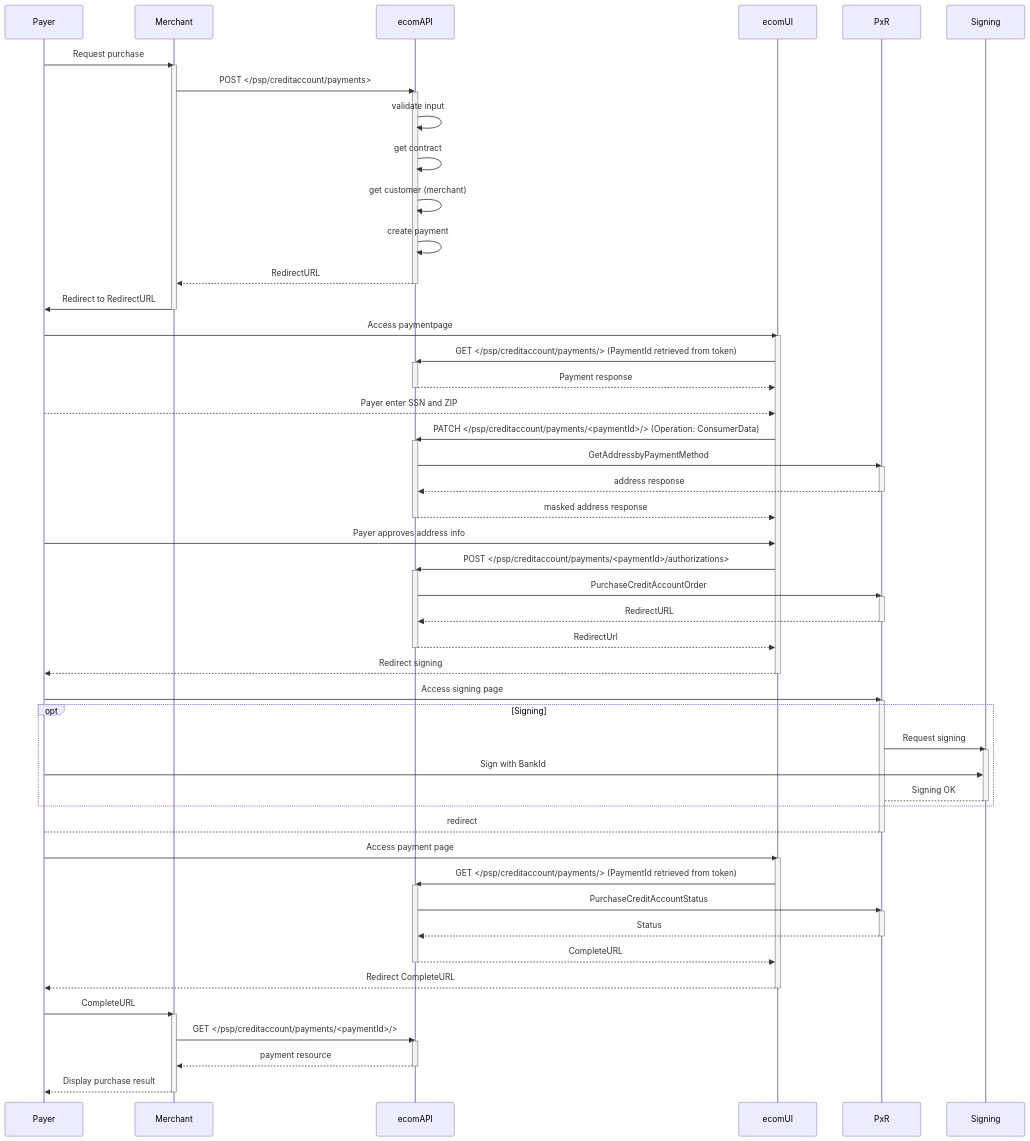
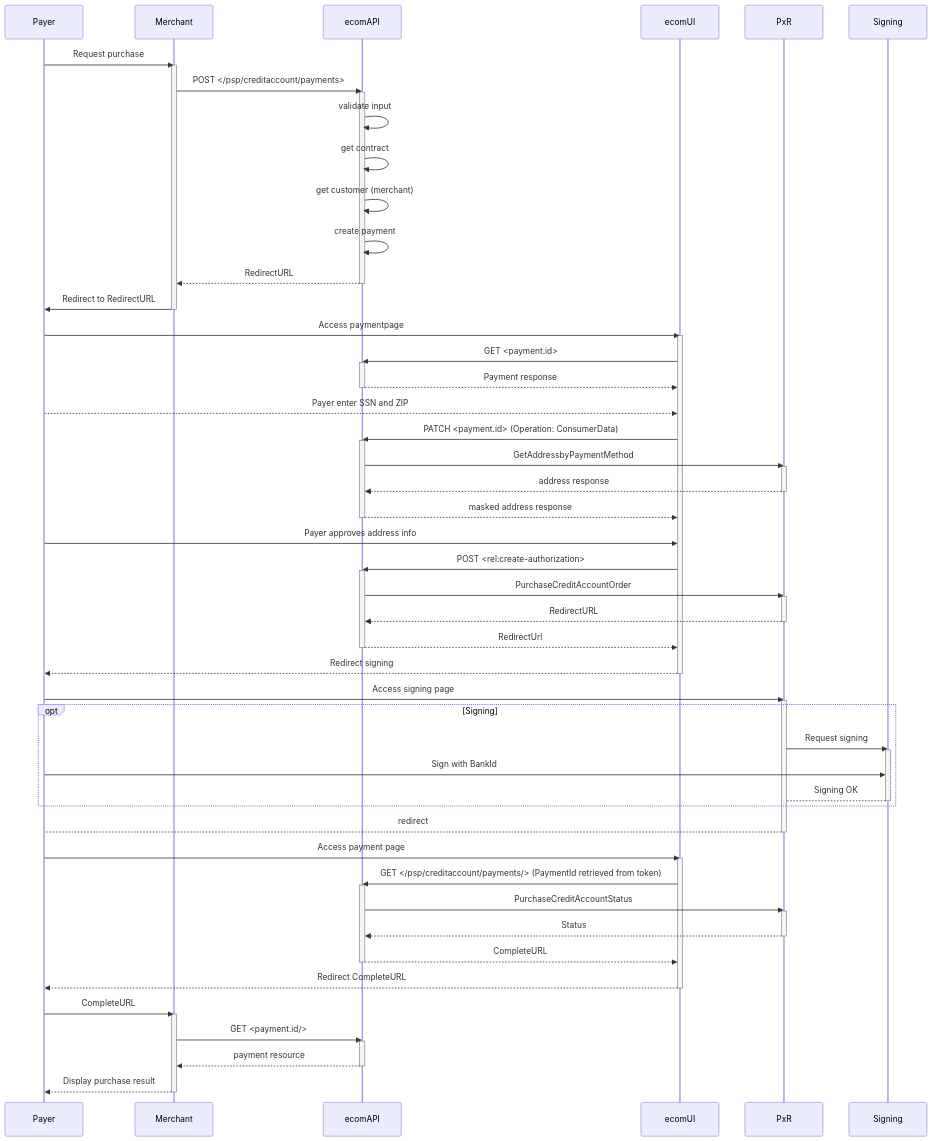
Before and after one commit to SwedbankPay/developer.swedbankpay.com: the first of 2 diagrams in payments/credit/index.md, drawn with Mermaid. The commit also changed other lines of this file and 15 other files, not shown here.

````diff
--- a/payments/credit/index.md
+++ b/payments/credit/index.md
@@ -32,80 +32,80 @@
 ```mermaid
 sequenceDiagram
   Payer ->> Merchant: Request purchase
   activate Merchant
   Merchant ->> ecomAPI: POST </psp/creditaccount/payments>
   activate ecomAPI
       ecomAPI ->> ecomAPI: validate input
       ecomAPI ->> ecomAPI: get contract
       ecomAPI ->> ecomAPI: get customer (merchant)
       ecomAPI ->> ecomAPI: create payment
       ecomAPI -->> Merchant: RedirectURL
   deactivate ecomAPI
   Merchant ->> Payer: Redirect to RedirectURL
   deactivate Merchant
 
   Payer ->> ecomUI: Access paymentpage
     activate ecomUI
-    ecomUI ->> ecomAPI: GET </psp/creditaccount/payments/> (PaymentId retrieved from token)
+    ecomUI ->> ecomAPI: GET <payment.id>
     activate ecomAPI
     ecomAPI -->> ecomUI: Payment response
     deactivate ecomAPI
     Payer -->> ecomUI: Payer enter SSN and ZIP
-    ecomUI ->> ecomAPI: PATCH </psp/creditaccount/payments/<paymentId>/> (Operation: ConsumerData)
+    ecomUI ->> ecomAPI: PATCH <payment.id> (Operation: ConsumerData)
     activate ecomAPI
     ecomAPI ->> PxR: GetAddressbyPaymentMethod
     activate PxR
     PxR -->> ecomAPI: address response
     deactivate PxR
     ecomAPI -->> ecomUI: masked address response
     deactivate ecomAPI
 
     Payer ->> ecomUI: Payer approves address info
 
-    ecomUI ->> ecomAPI: POST </psp/creditaccount/payments/<paymentId>/authorizations>
+    ecomUI ->> ecomAPI: POST <rel:create-authorization>
     activate ecomAPI
     ecomAPI ->> PxR: PurchaseCreditAccountOrder
         activate PxR
         PxR -->> ecomAPI: RedirectURL
         deactivate PxR
     ecomAPI -->> ecomUI: RedirectUrl
     deactivate ecomAPI
 
     ecomUI -->> Payer: Redirect signing
     deactivate ecomUI
     Payer ->> PxR: Access signing page
     activate PxR
     opt Signing
         PxR ->> Signing: Request signing
         activate Signing
         Payer ->> Signing: Sign with BankId
     Signing-->PxR: Signing OK
     deactivate Signing
     end
     PxR-->Payer: redirect
     deactivate PxR
 
     Payer ->> ecomUI: Access payment page
     activate ecomUI
 
     ecomUI ->> ecomAPI: GET </psp/creditaccount/payments/> (PaymentId retrieved from token)
     activate ecomAPI
     ecomAPI ->> PxR: PurchaseCreditAccountStatus
     activate PxR
     PxR -->> ecomAPI: Status
     deactivate PxR
 
     ecomAPI -->> ecomUI: CompleteURL
     deactivate ecomAPI
     ecomUI -->> Payer: Redirect CompleteURL
     deactivate ecomUI
   Payer ->> Merchant: CompleteURL
 
   activate Merchant
-  Merchant ->> ecomAPI: GET </psp/creditaccount/payments/<paymentId>/>
+  Merchant ->> ecomAPI: GET <payment.id/>
   activate ecomAPI
   ecomAPI -->> Merchant: payment resource
   deactivate ecomAPI
   Merchant -->> Payer: Display purchase result
   deactivate Merchant
 ```
````
